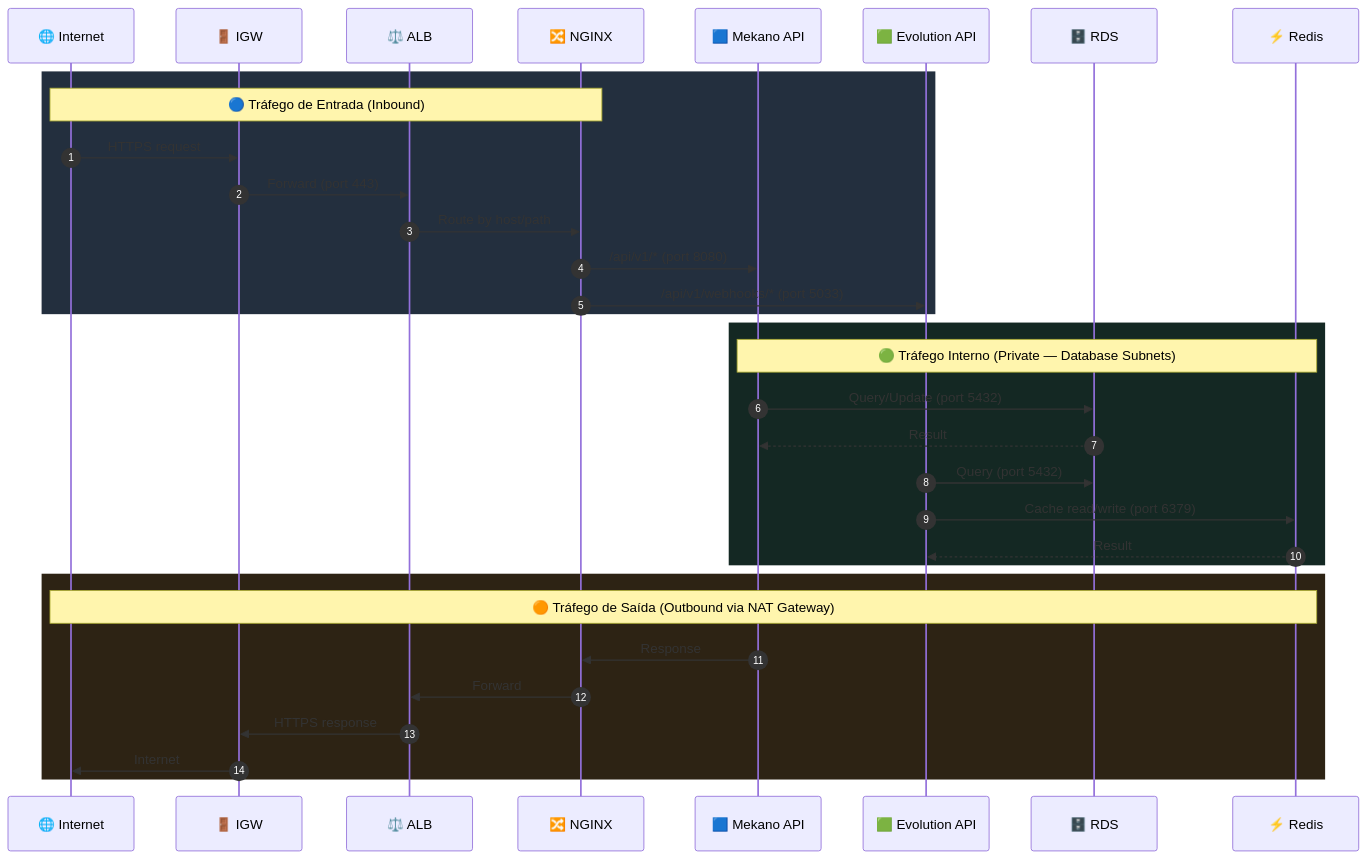
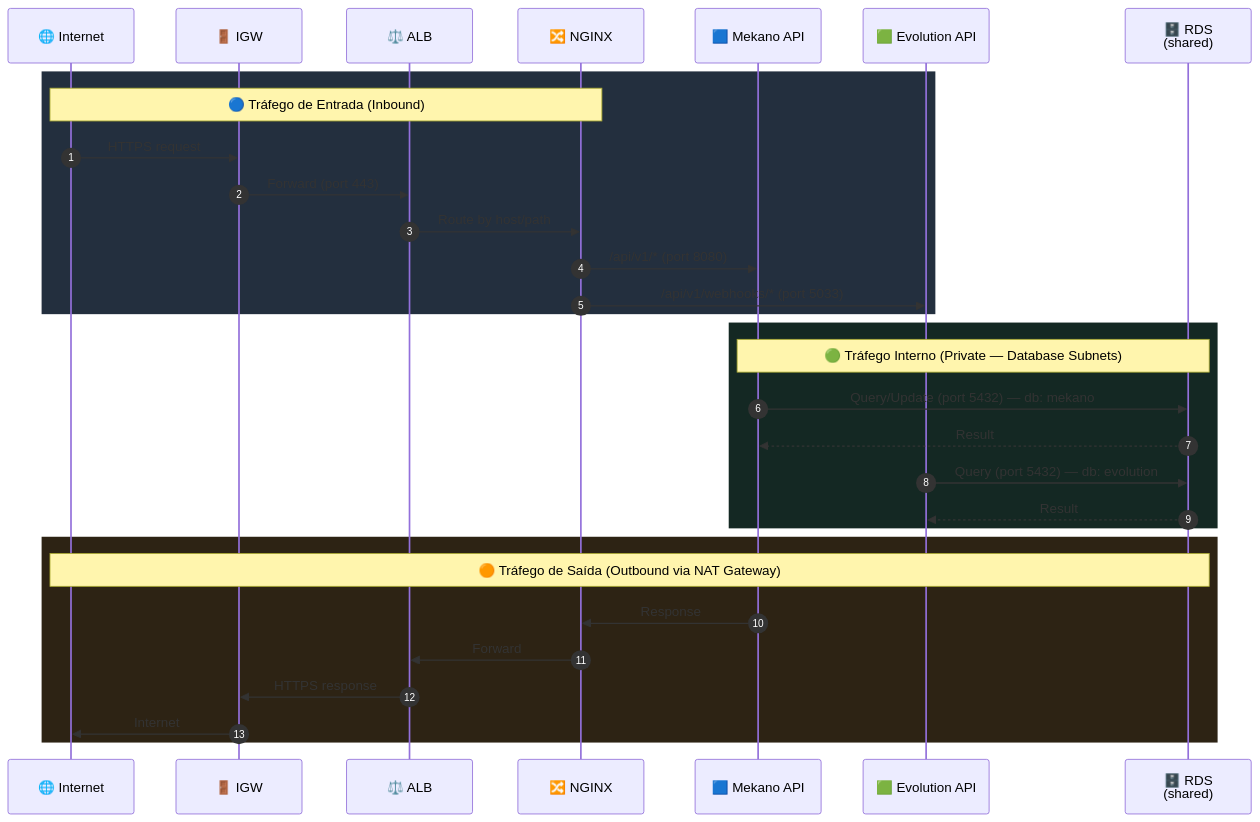
The second of 3 diagrams in docs/aws-infrastructure/vpc-scope-architecture.md (FIAP-SOFTWARE-ARCHITECTURE-TEAM/Mekano-API), drawn with Mermaid before and after one commit. The commit also changed other lines of this file and 1 other file, not shown here.

Commit message:
feat: update VPC and global architecture diagrams for shared database integration

````diff
--- a/docs/aws-infrastructure/vpc-scope-architecture.md
+++ b/docs/aws-infrastructure/vpc-scope-architecture.md
@@ -99,38 +94,36 @@
 ```mermaid
 sequenceDiagram
     autonumber
     participant NET as 🌐 Internet
     participant IGW as 🚪 IGW
     participant ALB as ⚖️ ALB
     participant NGX as 🔀 NGINX
     participant API as 🟦 Mekano API
     participant EVO as 🟩 Evolution API
-    participant DB as 🗄️ RDS
-    participant RED as ⚡ Redis
+    participant DB as 🗄️ RDS<br/>(shared)
 
     rect rgb(35, 47, 62)
         Note over NET, NGX: 🔵 Tráfego de Entrada (Inbound)
         NET->>IGW: HTTPS request
         IGW->>ALB: Forward (port 443)
         ALB->>NGX: Route by host/path
         NGX->>API: /api/v1/* (port 8080)
         NGX->>EVO: /api/v1/webhooks/* (port 5033)
     end
 
     rect rgb(20, 40, 35)
-        Note over API, RED: 🟢 Tráfego Interno (Private — Database Subnets)
-        API->>DB: Query/Update (port 5432)
+        Note over API, DB: 🟢 Tráfego Interno (Private — Database Subnets)
+        API->>DB: Query/Update (port 5432) — db: mekano
         DB-->>API: Result
-        EVO->>DB: Query (port 5432)
-        EVO->>RED: Cache read/write (port 6379)
-        RED-->>EVO: Result
+        EVO->>DB: Query (port 5432) — db: evolution
+        DB-->>EVO: Result
     end
 
     rect rgb(45, 35, 20)
-        Note over NET, RED: 🟠 Tráfego de Saída (Outbound via NAT Gateway)
+        Note over NET, DB: 🟠 Tráfego de Saída (Outbound via NAT Gateway)
         API->>NGX: Response
         NGX->>ALB: Forward
         ALB->>IGW: HTTPS response
         IGW->>NET: Internet
     end
 ```
````
